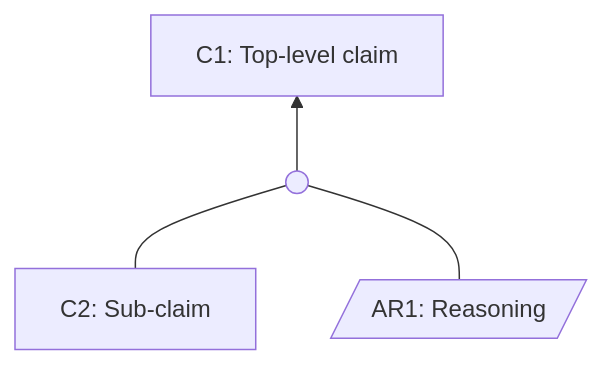
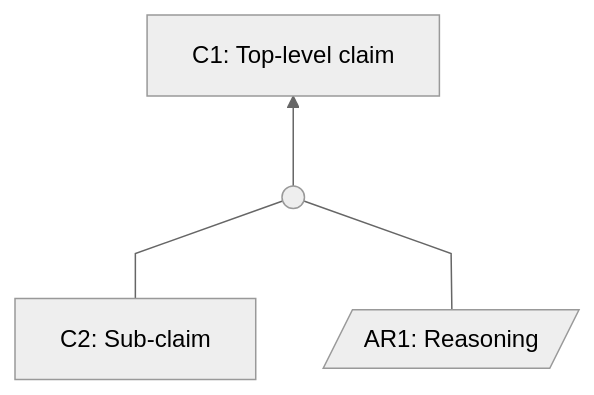
Diagram 16 of 22 in docs/sacm-mermaid.md (coreinfrastructure/best-practices-badge), drawn with Mermaid before and after one commit. The commit also changed other lines of this file, not shown here.

First line of the commit message:
Add text-to-type code blocks and frontmatter to all node sections

````diff
--- a/docs/sacm-mermaid.md
+++ b/docs/sacm-mermaid.md
@@ -544,10 +840,20 @@
 ```mermaid
+---
+config:
+  theme: neutral
+  flowchart:
+    curve: linear
+    htmlLabels: true
+    rankSpacing: 60
+    nodeSpacing: 45
+    padding: 15
+---
 flowchart BT
     C2["C2: Sub-claim"]
     AR1[/"AR1: Reasoning"/]
     Inf1((" "))
     C1["C1: Top-level claim"]
     C2 --- Inf1
     AR1 --- Inf1
     Inf1 --> C1
 ```
````
